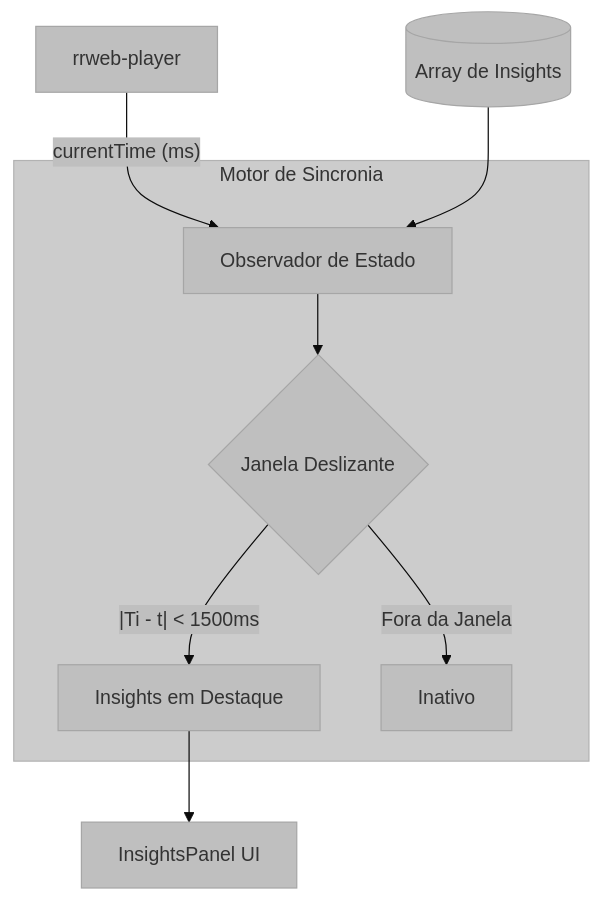
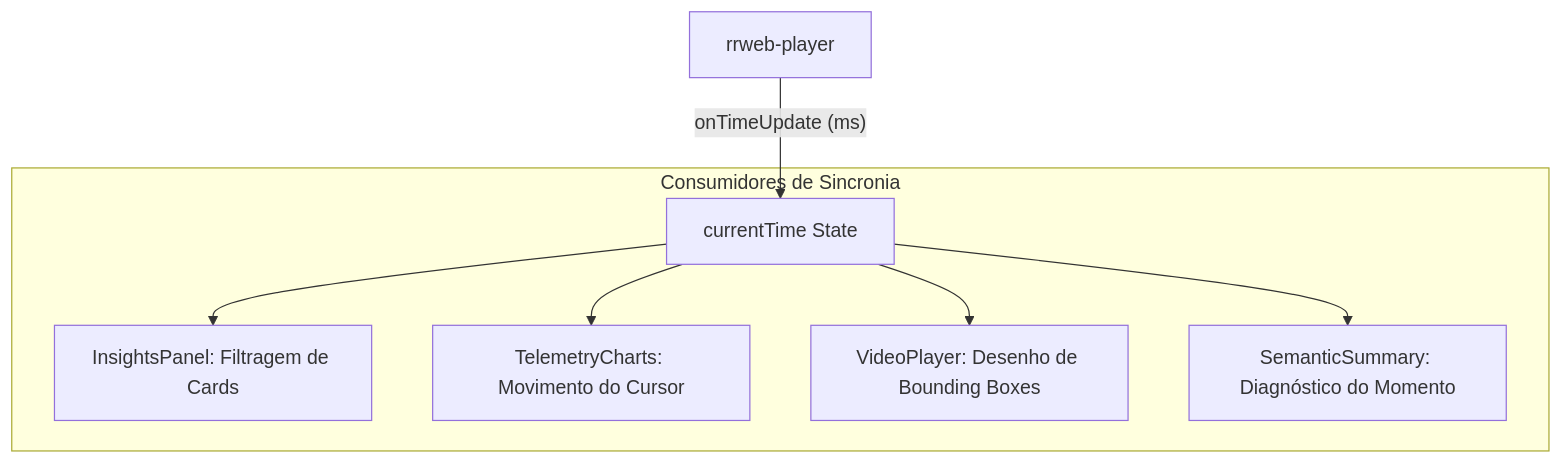
The diagram in docs/visualization-engine.md (marcus-v-rodrigues/ux-auditor-dashboard), drawn with Mermaid before and after one commit. The commit also changed other lines of this file and 9 other files, not shown here.

````diff
--- a/docs/visualization-engine.md
+++ b/docs/visualization-engine.md
@@ -8,13 +34,11 @@
 ```mermaid
-%%{init: {'theme': 'base', 'themeVariables':
-   { 'primaryColor': '#bfbfbf', 'edgeColor': '#5d5d5d' }, "flowchart": {"subGraphTitleMargin": {"bottom": 30}}}}%%
-flowchart TD
-    Player[rrweb-player] -- "currentTime (ms)" --> Hook[Observador de Estado]
-    Data[(Array de Insights)] --> Hook
-    subgraph Engine [Motor de Sincronia]
-        Hook --> Filter{Janela Deslizante}
-        Filter -- "|Ti - t| < 1500ms" --> Active[Insights em Destaque]
-        Filter -- Fora da Janela --> Hidden[Inativo]
+graph TD
+    Player[rrweb-player] -- "onTimeUpdate (ms)" --> State[currentTime State]
+    
+    subgraph "Consumidores de Sincronia"
+        State --> Insights[InsightsPanel: Filtragem de Cards]
+        State --> Telemetry[TelemetryCharts: Movimento do Cursor]
+        State --> Overlays[VideoPlayer: Desenho de Bounding Boxes]
+        State --> Semantic[SemanticSummary: Diagnóstico do Momento]
     end
-    Active --> UI[InsightsPanel UI]
 ```
````
